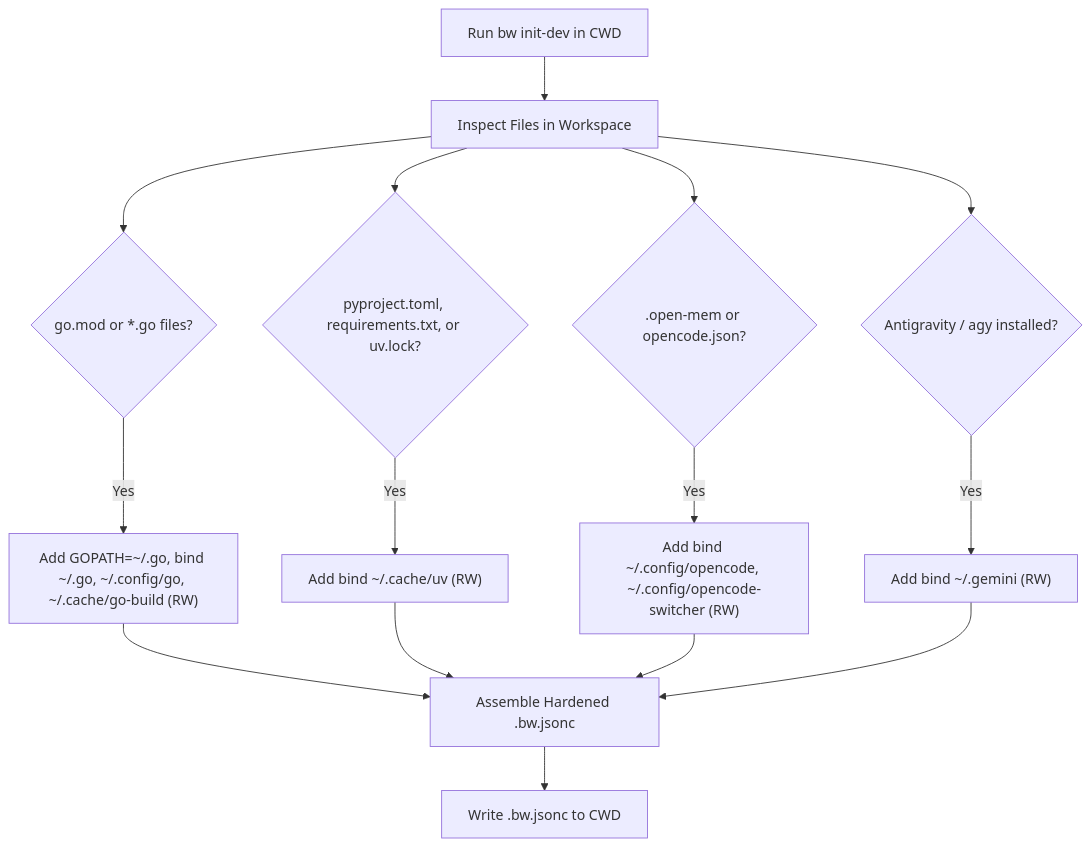
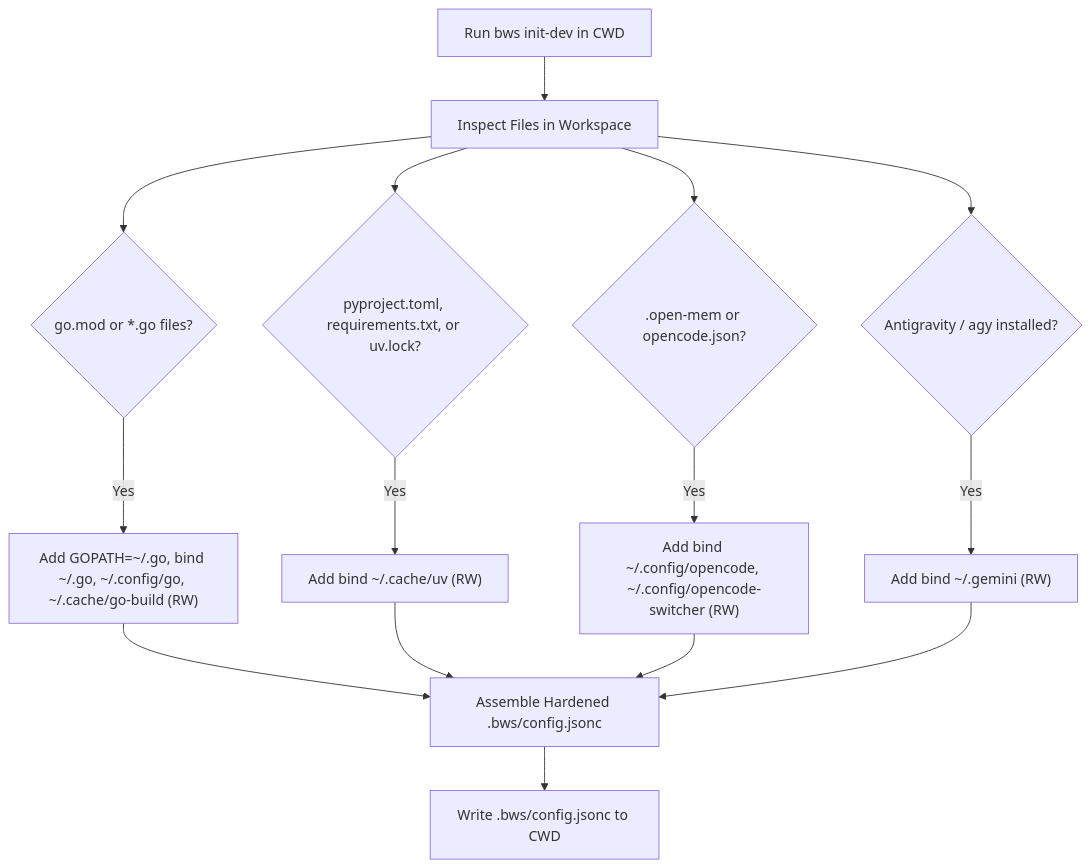
One commit to sarielhp/bws changed the diagram in bw_auto_bubble.md. Above: the diagram before and after it, drawn with Mermaid. The commit also changed other lines of this file and 18 other files, not shown here.

````diff
--- a/bw_auto_bubble.md
+++ b/bw_auto_bubble.md
@@ -43,20 +43,20 @@
 ```mermaid
 flowchart TD
-    Start["Run bw init-dev in CWD"] --> Scan["Inspect Files in Workspace"]
+    Start["Run bws init-dev in CWD"] --> Scan["Inspect Files in Workspace"]
     Scan --> CheckGo{"go.mod or *.go files?"}
     Scan --> CheckPy{"pyproject.toml, requirements.txt, or uv.lock?"}
     Scan --> CheckOC{".open-mem or opencode.json?"}
     Scan --> CheckAgy{"Antigravity / agy installed?"}
 
     CheckGo -- Yes --> AddGo["Add GOPATH=~/.go, bind ~/.go, ~/.config/go, ~/.cache/go-build (RW)"]
     CheckPy -- Yes --> AddPy["Add bind ~/.cache/uv (RW)"]
     CheckOC -- Yes --> AddOC["Add bind ~/.config/opencode, ~/.config/opencode-switcher (RW)"]
     CheckAgy -- Yes --> AddAgy["Add bind ~/.gemini (RW)"]
 
-    AddGo --> Assemble["Assemble Hardened .bw.jsonc"]
+    AddGo --> Assemble["Assemble Hardened .bws/config.jsonc"]
     AddPy --> Assemble
     AddOC --> Assemble
     AddAgy --> Assemble
 
-    Assemble --> WriteConfig["Write .bw.jsonc to CWD"]
+    Assemble --> WriteConfig["Write .bws/config.jsonc to CWD"]
 ```
````
